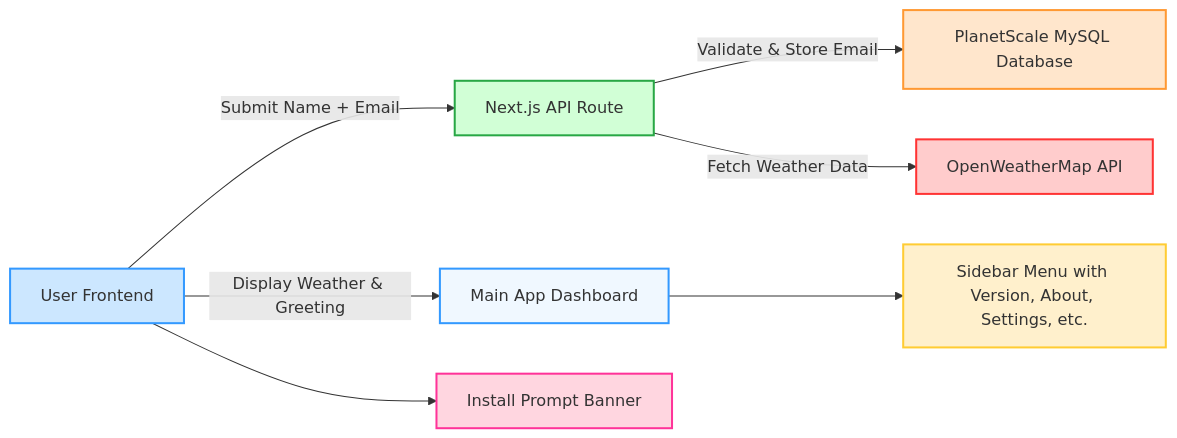
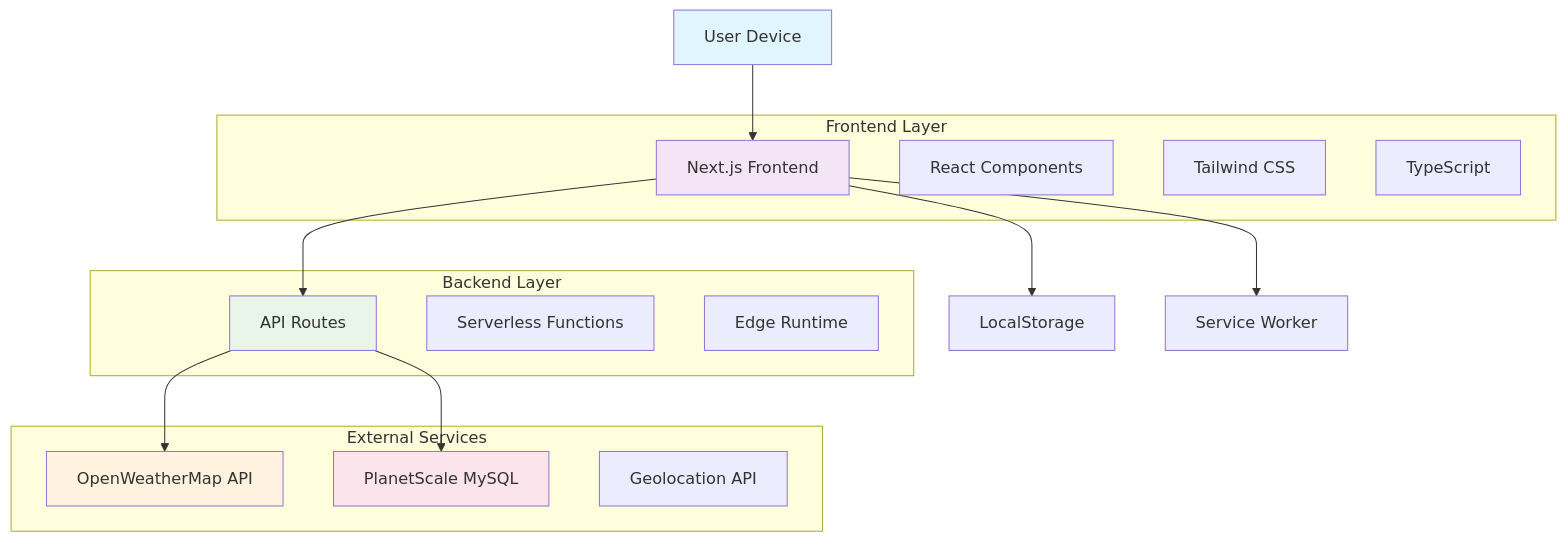
Before and after one commit to Saff9/SkyKash: the diagram in README.md, drawn with Mermaid. The commit also changed other lines of this file, not shown here.

````diff
--- a/README.md
+++ b/README.md
@@ -128,16 +83,34 @@
 ```mermaid
-graph LR
-  A[User Frontend] -->|Submit Name + Email| B[Next.js API Route]
-  B -->|Validate & Store Email| C[PlanetScale MySQL Database]
-  B -->|Fetch Weather Data| D[OpenWeatherMap API]
-  A -->|Display Weather & Greeting| E[Main App Dashboard]
-  A --> F[Install Prompt Banner]
-  E --> G[Sidebar Menu with Version, About, Settings, etc.]
-  style A fill:#cce7ff,stroke:#3399ff,stroke-width:2px
-  style B fill:#d1ffd6,stroke:#28a745,stroke-width:2px
-  style C fill:#ffe6cc,stroke:#ff9933,stroke-width:2px
-  style D fill:#ffcccc,stroke:#ff3333,stroke-width:2px
-  style E fill:#f0f8ff,stroke:#3399ff,stroke-width:2px
-  style F fill:#ffd6e0,stroke:#ff3399,stroke-width:2px
-  style G fill:#fff0cc,stroke:#ffcc33,stroke-width:2px
+graph TB
+    A[User Device] --> B[Next.js Frontend]
+    B --> C[API Routes]
+    C --> D[OpenWeatherMap API]
+    C --> E[PlanetScale MySQL]
+    B --> F[LocalStorage]
+    B --> G[Service Worker]
+    
+    subgraph "Frontend Layer"
+        B
+        H[React Components]
+        I[Tailwind CSS]
+        J[TypeScript]
+    end
+    
+    subgraph "Backend Layer"
+        C
+        K[Serverless Functions]
+        L[Edge Runtime]
+    end
+    
+    subgraph "External Services"
+        D
+        E
+        M[Geolocation API]
+    end
+    
+    style A fill:#e1f5fe
+    style B fill:#f3e5f5
+    style C fill:#e8f5e8
+    style D fill:#fff3e0
+    style E fill:#fce4ec
 ```
````
